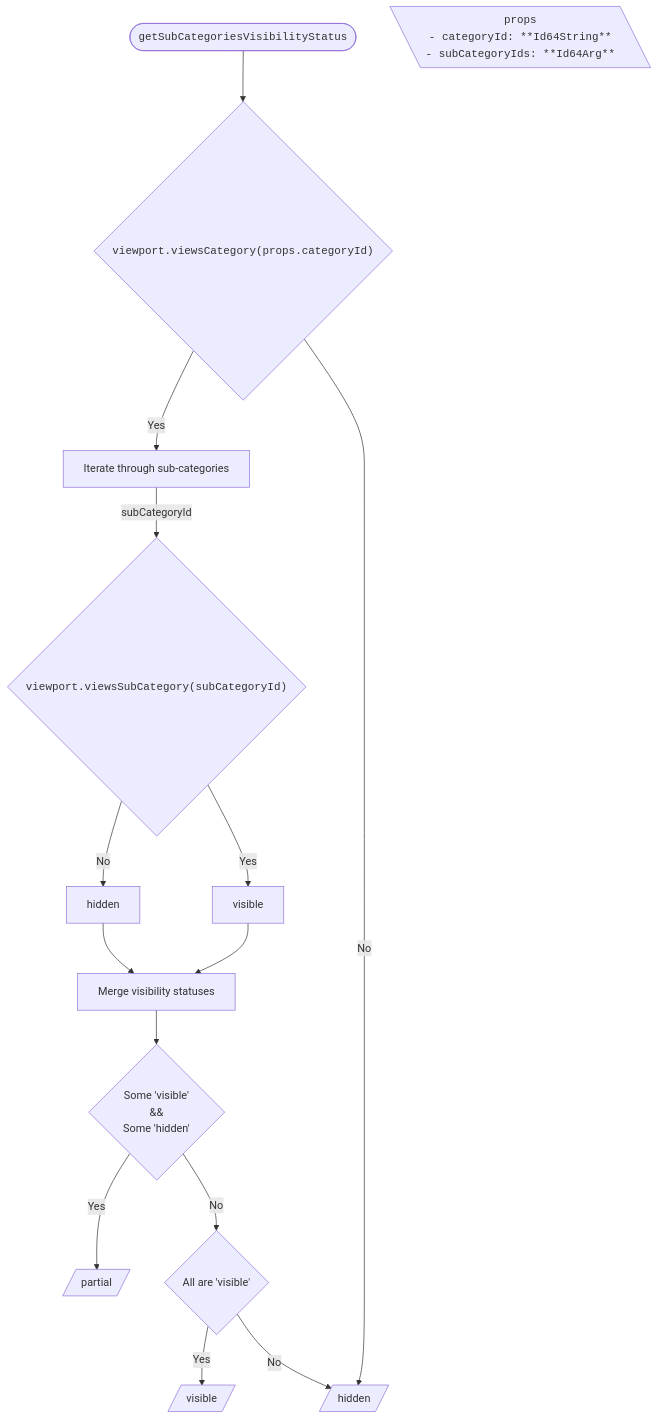
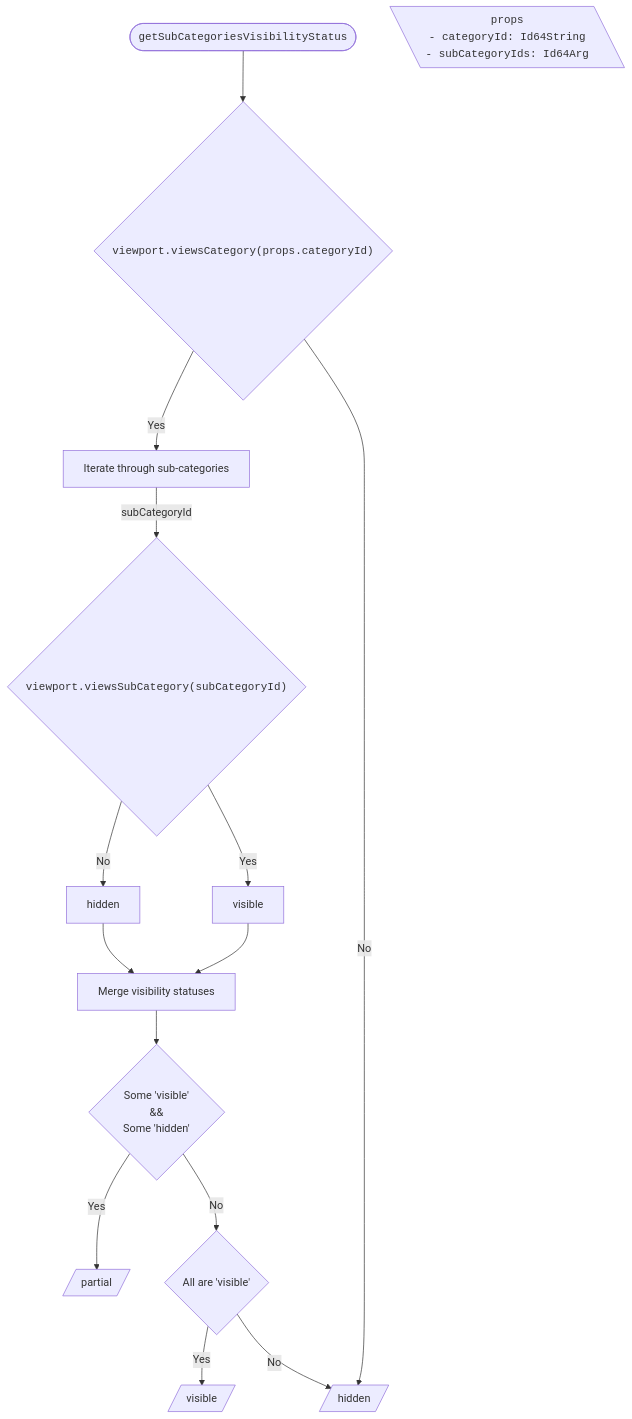
The first of 14 diagrams in packages/itwin/tree-widget/docs/SharedVisibilityHandling.md (iTwin/viewer-components-react), drawn with Mermaid before and after one commit. The commit also changed other lines of this file and 4 other files, not shown here.

````diff
--- a/packages/itwin/tree-widget/docs/SharedVisibilityHandling.md
+++ b/packages/itwin/tree-widget/docs/SharedVisibilityHandling.md
@@ -32,44 +32,44 @@
 ```mermaid
 ---
 config:
   flowchart:
     wrappingWidth: 750
     useMaxWidth: false
 ---
 
 flowchart TD
   RESULT_Partial[/partial/]
   RESULT_Visible[/visible/]
   RESULT_Hidden[/hidden/]
 
   %% Start
   TITLE(["<code>getSubCategoriesVisibilityStatus</code>"]) --> A{"<code>viewport.viewsCategory(props.categoryId)</code>"}
 
   PROPS[\"
     <code>props</code>
-    <code style='text-align: left;'>- categoryId: **Id64String**<br/> - subCategoryIds: **Id64Arg**</code>
+    <code style='text-align: left;'>- categoryId: Id64String<br/> - subCategoryIds: Id64Arg</code>
   "\]
 
   %% Branch No
   A -- No --> RESULT_Hidden
 
   %% Branch Yes
   A -- Yes --> B["Iterate through sub-categories"]
   B -- subCategoryId --> C{"<code>viewport.viewsSubCategory(subCategoryId)</code>"}
   C -- Yes -->  D1[visible]
   C -- No -->  D2[hidden]
 
   %% Merge
   D1 --> M[Merge visibility statuses]
   D2 --> M
 
   M --> N{Some 'visible' <br/> && <br/> Some 'hidden'}
 
   %% Results
   N -- Yes --> RESULT_Partial
 
   N -- No --> O{All are 'visible'}
 
   O -- Yes --> RESULT_Visible
   O -- No --> RESULT_Hidden
 ```
````
